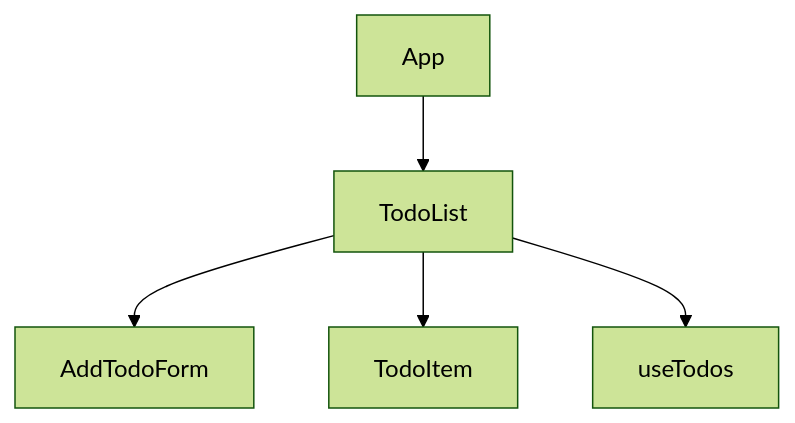
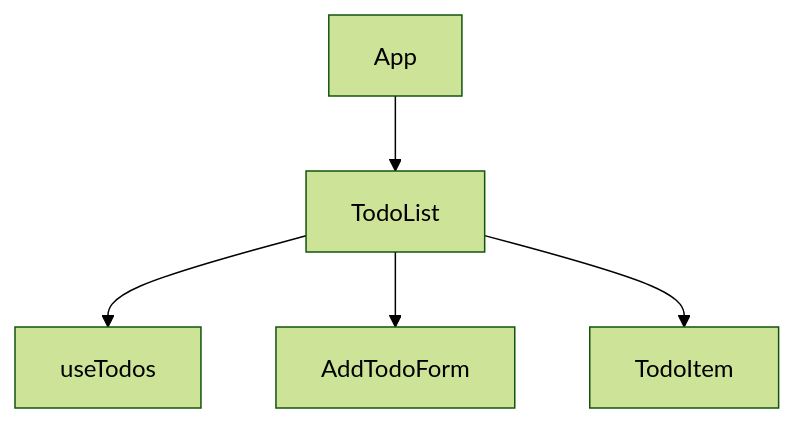
The diagram in README.md (krtoxin/lab-3-todo-app), drawn with Mermaid (forest theme) before and after one commit. The commit also changed other lines of this file, not shown here.

````diff
--- a/README.md
+++ b/README.md
@@ -5,8 +5,8 @@
 ```mermaid
 graph TD
   App
   App --> TodoList
+  TodoList --> useTodos
   TodoList --> AddTodoForm
   TodoList --> TodoItem
-  TodoList --> useTodos
 ```
````
